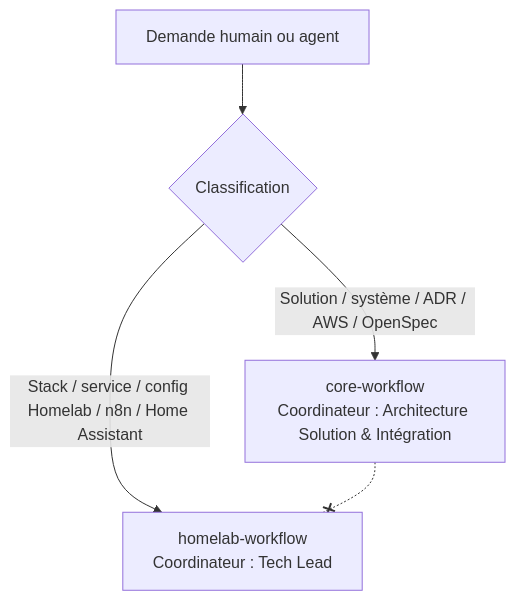
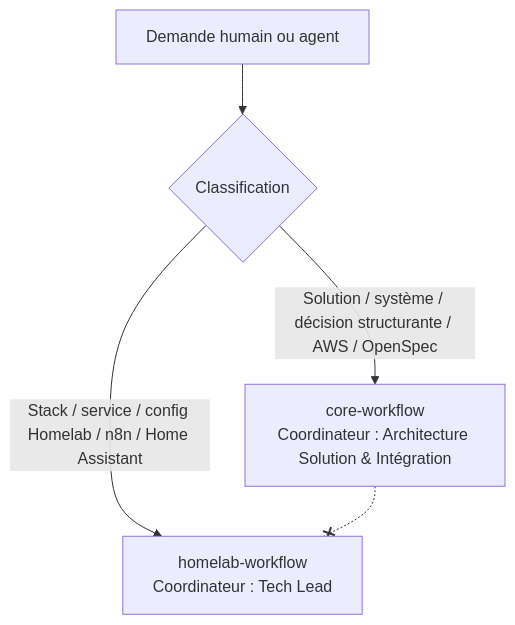
Before and after one commit to Gsyltc/homelab-portfolio: the diagram in AGENTS.md, drawn with Mermaid. The commit also changed other lines of this file and 36 other files, not shown here.

````diff
--- a/AGENTS.md
+++ b/AGENTS.md
@@ -77,7 +77,7 @@
 ```mermaid
 flowchart TD
     D[Demande humain ou agent] --> R{Classification}
-    R -->|Solution / système / ADR / AWS / OpenSpec| C[core-workflow<br/>Coordinateur : Architecture Solution & Intégration]
+    R -->|Solution / système / décision structurante / AWS / OpenSpec| C[core-workflow<br/>Coordinateur : Architecture Solution & Intégration]
     R -->|Stack / service / config Homelab / n8n / Home Assistant| H[homelab-workflow<br/>Coordinateur : Tech Lead]
     C -.-x H
 ```
````
